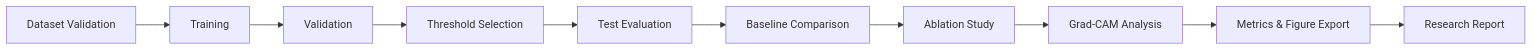
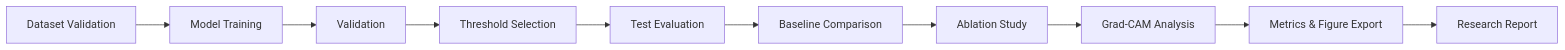
Before and after one commit to mahmmooudian/Med-AGCNet: the second of 3 diagrams in README.md, drawn with Mermaid. The commit also changed other lines of this file, not shown here.

````diff
--- a/README.md
+++ b/README.md
@@ -183,12 +176,12 @@
 ```mermaid
 flowchart LR
-    A[Dataset Validation] --> B[Training]
+    A[Dataset Validation] --> B[Model Training]
     B --> C[Validation]
     C --> D[Threshold Selection]
     D --> E[Test Evaluation]
     E --> F[Baseline Comparison]
     F --> G[Ablation Study]
     G --> H[Grad-CAM Analysis]
     H --> I[Metrics & Figure Export]
     I --> J[Research Report]
 ```
````
